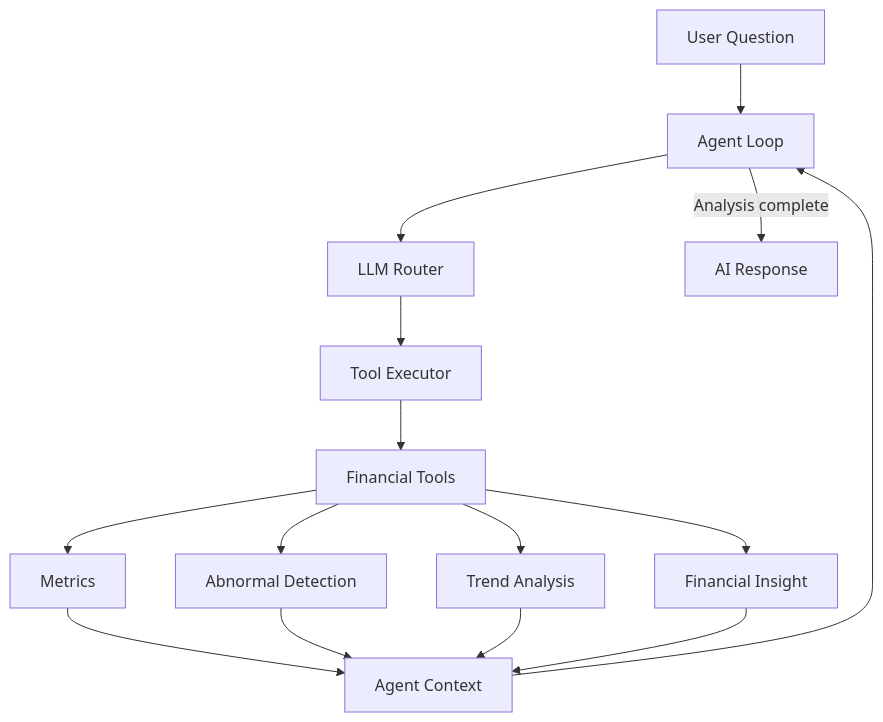
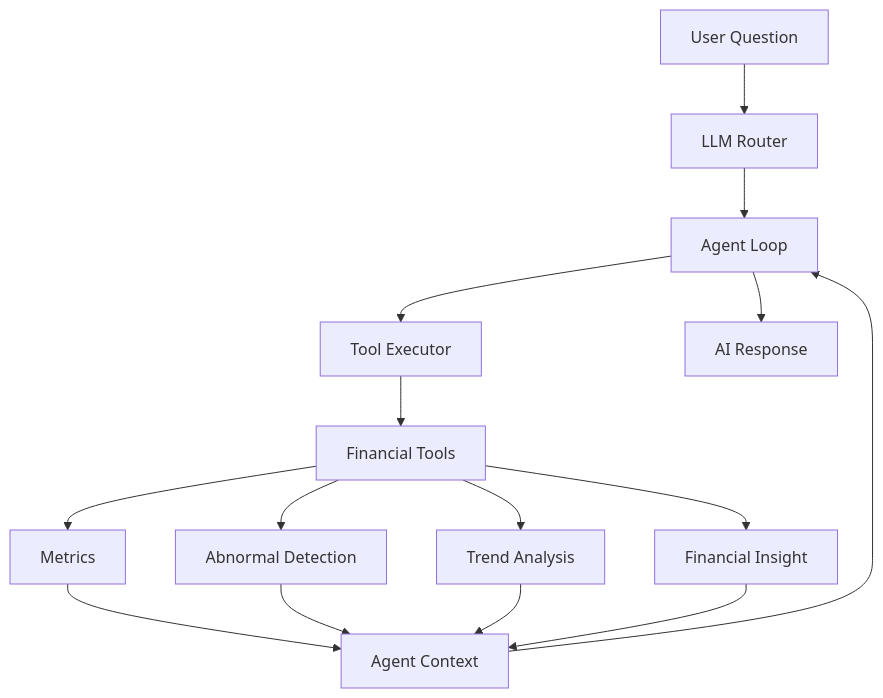
One commit to Palomita-finance/AI-Accounting-Copilot changed the diagram in README.md. Above: the diagram before and after it, drawn with Mermaid. The commit also changed other lines of this file, not shown here.

````diff
--- a/README.md
+++ b/README.md
@@ -47,17 +131,31 @@
 ```mermaid
 flowchart TD
-    U["User Question"] --> L["Agent Loop"]
-    L --> R["LLM Router"]
-    R --> E["Tool Executor"]
-    E --> T["Financial Tools"]
-    T --> M["Metrics"]
-    T --> A["Abnormal Detection"]
-    T --> TR["Trend Analysis"]
-    T --> I["Financial Insight"]
-    M --> C["Agent Context"]
-    A --> C
-    TR --> C
-    I --> C
-    C --> L
-    L -->|"Analysis complete"| F["AI Response"]
+
+U["User Question"] --> R["LLM Router"]
+
+R --> L["Agent Loop"]
+
+L --> E["Tool Executor"]
+
+E --> T["Financial Tools"]
+
+T --> M["Metrics"]
+
+T --> A["Abnormal Detection"]
+
+T --> TR["Trend Analysis"]
+
+T --> I["Financial Insight"]
+
+M --> C["Agent Context"]
+
+A --> C
+
+TR --> C
+
+I --> C
+
+C --> L
+
+L --> F["AI Response"]
 ```
````
